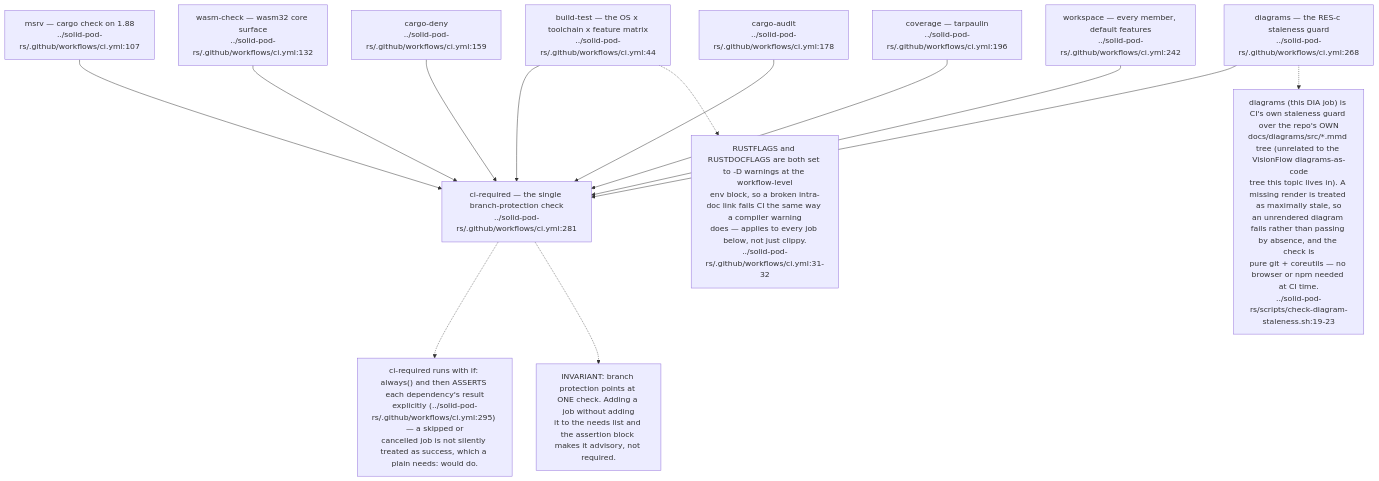
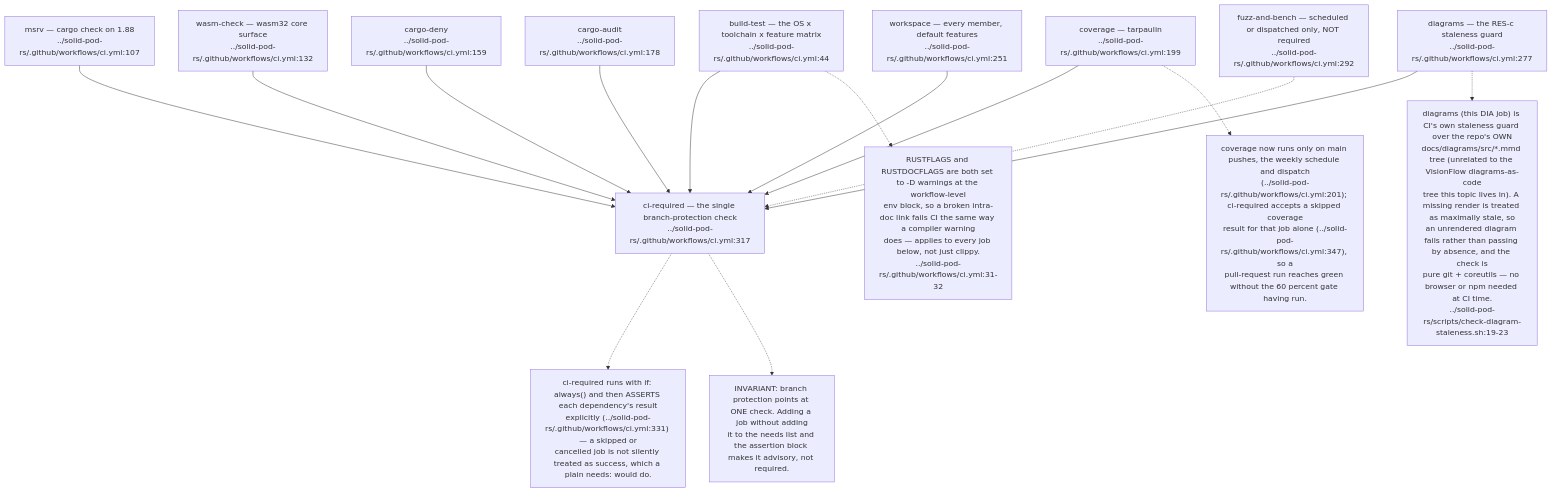
One commit to DreamLab-AI/VisionFlow changed the first of 9 diagrams in docs/diagrams/solid-pod-rs/09-ci-release-and-consumer-pins.md. Above: the diagram before and after it, drawn with Mermaid. The commit also changed other lines of this file and 160 other files, not shown here.

````diff
--- a/docs/diagrams/solid-pod-rs/09-ci-release-and-consumer-pins.md
+++ b/docs/diagrams/solid-pod-rs/09-ci-release-and-consumer-pins.md
@@ -36,30 +41,34 @@
 ```mermaid
 flowchart TD
     BT["build-test — the OS x toolchain x feature matrix<br/>../solid-pod-rs/.github/workflows/ci.yml:44"]
     MSRV["msrv — cargo check on 1.88<br/>../solid-pod-rs/.github/workflows/ci.yml:107"]
     WASM["wasm-check — wasm32 core surface<br/>../solid-pod-rs/.github/workflows/ci.yml:132"]
     DENY["cargo-deny<br/>../solid-pod-rs/.github/workflows/ci.yml:159"]
     AUDIT["cargo-audit<br/>../solid-pod-rs/.github/workflows/ci.yml:178"]
-    COV["coverage — tarpaulin<br/>../solid-pod-rs/.github/workflows/ci.yml:196"]
-    WS["workspace — every member, default features<br/>../solid-pod-rs/.github/workflows/ci.yml:242"]
-    DIA["diagrams — the RES-c staleness guard<br/>../solid-pod-rs/.github/workflows/ci.yml:268"]
-    REQ["ci-required — the single branch-protection check<br/>../solid-pod-rs/.github/workflows/ci.yml:281"]
+    COV["coverage — tarpaulin<br/>../solid-pod-rs/.github/workflows/ci.yml:199"]
+    WS["workspace — every member, default features<br/>../solid-pod-rs/.github/workflows/ci.yml:251"]
+    DIA["diagrams — the RES-c staleness guard<br/>../solid-pod-rs/.github/workflows/ci.yml:277"]
+    FZ["fuzz-and-bench — scheduled or dispatched only, NOT required<br/>../solid-pod-rs/.github/workflows/ci.yml:292"]
+    REQ["ci-required — the single branch-protection check<br/>../solid-pod-rs/.github/workflows/ci.yml:317"]
 
     BT --> REQ
     MSRV --> REQ
     WASM --> REQ
     DENY --> REQ
     AUDIT --> REQ
     COV --> REQ
     WS --> REQ
     DIA --> REQ
+    FZ -.-> REQ
 
-    N["ci-required runs with if: always() and then ASSERTS each dependency's result<br/>explicitly (../solid-pod-rs/.github/workflows/ci.yml:295) — a skipped or<br/>cancelled job is not silently treated as success, which a plain needs: would do."]
+    N["ci-required runs with if: always() and then ASSERTS each dependency's result<br/>explicitly (../solid-pod-rs/.github/workflows/ci.yml:331) — a skipped or<br/>cancelled job is not silently treated as success, which a plain needs: would do."]
     REQ -.-> N
     N2["INVARIANT: branch protection points at ONE check. Adding a job without adding<br/>it to the needs list and the assertion block makes it advisory, not required."]
     REQ -.-> N2
+    N2B["coverage now runs only on main pushes, the weekly schedule and dispatch<br/>(../solid-pod-rs/.github/workflows/ci.yml:201); ci-required accepts a skipped coverage<br/>result for that job alone (../solid-pod-rs/.github/workflows/ci.yml:347), so a<br/>pull-request run reaches green without the 60 percent gate having run."]
+    COV -.-> N2B
     N3["RUSTFLAGS and RUSTDOCFLAGS are both set to -D warnings at the workflow-level<br/>env block, so a broken intra-doc link fails CI the same way a compiler warning<br/>does — applies to every job below, not just clippy.<br/>../solid-pod-rs/.github/workflows/ci.yml:31-32"]
     BT -.-> N3
     N4["diagrams (this DIA job) is CI's own staleness guard over the repo's OWN<br/>docs/diagrams/src/*.mmd tree (unrelated to the VisionFlow diagrams-as-code<br/>tree this topic lives in). A missing render is treated as maximally stale, so<br/>an unrendered diagram fails rather than passing by absence, and the check is<br/>pure git + coreutils — no browser or npm needed at CI time.<br/>../solid-pod-rs/scripts/check-diagram-staleness.sh:19-23"]
     DIA -.-> N4
 ```
````
